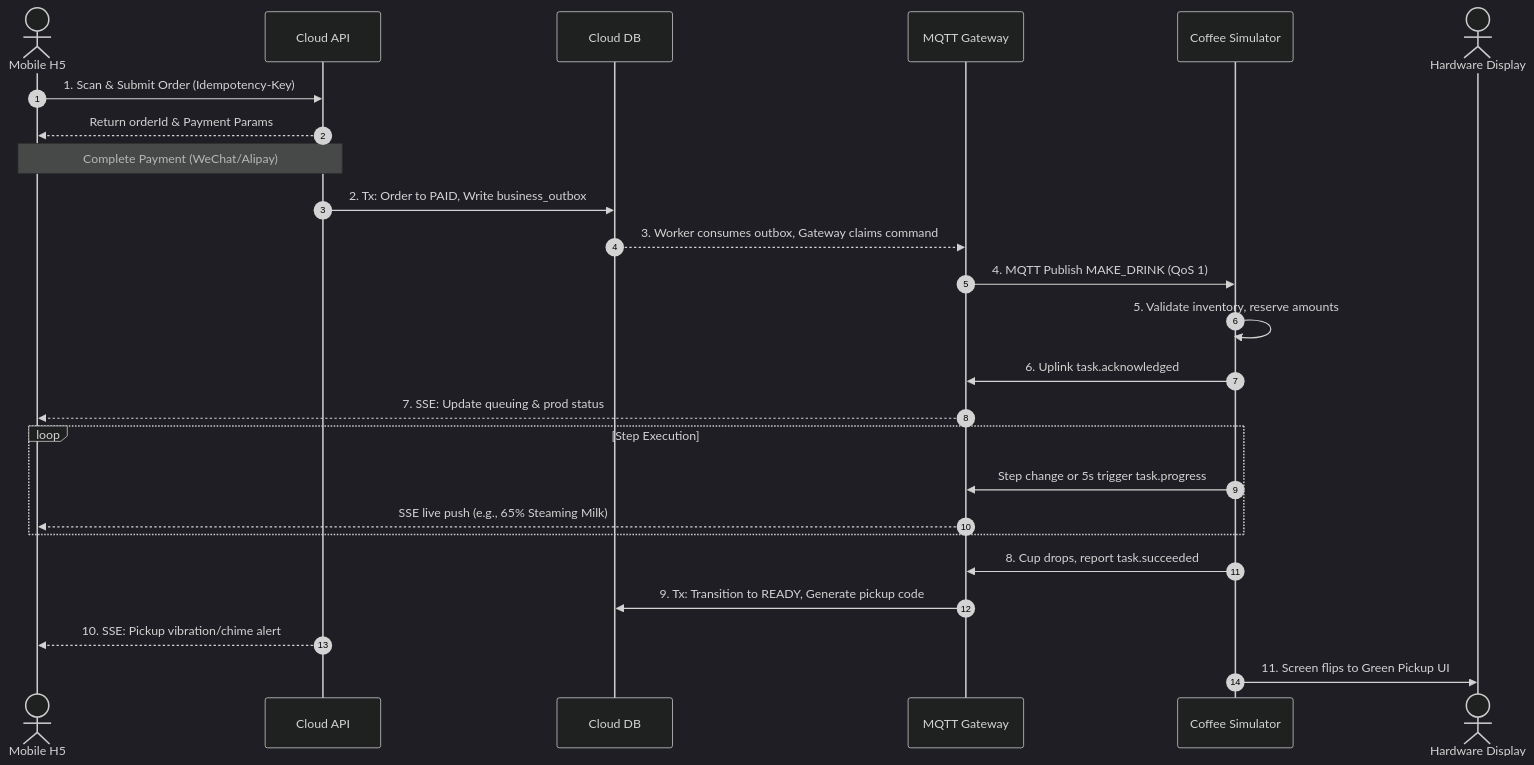
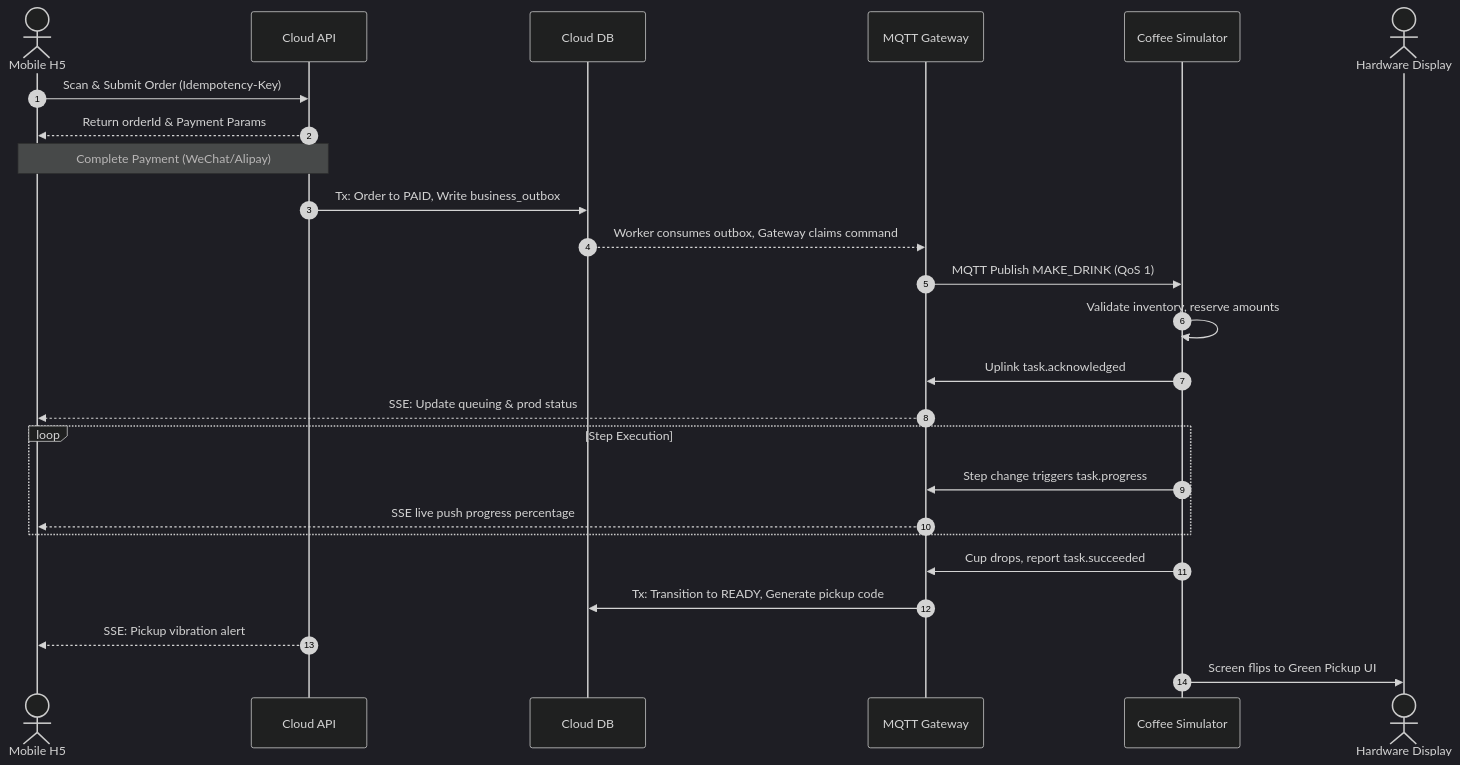
Before and after one commit to woodbridgehi/coffee-cloud-mvp: the second of 3 diagrams in README.md, drawn with Mermaid (dark theme). The commit also changed other lines of this file and 1 other file, not shown here.

Commit message:
fix(docs): format Mermaid diagrams for strict GitHub renderer compatibility

````diff
--- a/README.md
+++ b/README.md
@@ -150,28 +150,28 @@
 ```mermaid
 sequenceDiagram
     autonumber
     actor Customer as Mobile H5
     participant CloudAPI as Cloud API
     participant CloudDB as Cloud DB
     participant Gateway as MQTT Gateway
     participant Terminal as Coffee Simulator
     actor Screen as Hardware Display
 
-    Customer->>CloudAPI: 1. Scan & Submit Order (Idempotency-Key)
+    Customer->>CloudAPI: Scan & Submit Order (Idempotency-Key)
     CloudAPI-->>Customer: Return orderId & Payment Params
-    Note over Customer,CloudAPI: Complete Payment (WeChat/Alipay)
-    CloudAPI->>CloudDB: 2. Tx: Order to PAID, Write business_outbox
-    CloudDB-->>Gateway: 3. Worker consumes outbox, Gateway claims command
-    Gateway->>Terminal: 4. MQTT Publish MAKE_DRINK (QoS 1)
-    Terminal->>Terminal: 5. Validate inventory, reserve amounts
-    Terminal->>Gateway: 6. Uplink task.acknowledged
-    Gateway-->>Customer: 7. SSE: Update queuing & prod status
+    Note over Customer, CloudAPI: Complete Payment (WeChat/Alipay)
+    CloudAPI->>CloudDB: Tx: Order to PAID, Write business_outbox
+    CloudDB-->>Gateway: Worker consumes outbox, Gateway claims command
+    Gateway->>Terminal: MQTT Publish MAKE_DRINK (QoS 1)
+    Terminal->>Terminal: Validate inventory, reserve amounts
+    Terminal->>Gateway: Uplink task.acknowledged
+    Gateway-->>Customer: SSE: Update queuing & prod status
     loop Step Execution
-        Terminal->>Gateway: Step change or 5s trigger task.progress
-        Gateway-->>Customer: SSE live push (e.g., 65% Steaming Milk)
+        Terminal->>Gateway: Step change triggers task.progress
+        Gateway-->>Customer: SSE live push progress percentage
     end
-    Terminal->>Gateway: 8. Cup drops, report task.succeeded
-    Gateway->>CloudDB: 9. Tx: Transition to READY, Generate pickup code
-    CloudAPI-->>Customer: 10. SSE: Pickup vibration/chime alert
-    Terminal->>Screen: 11. Screen flips to Green Pickup UI
+    Terminal->>Gateway: Cup drops, report task.succeeded
+    Gateway->>CloudDB: Tx: Transition to READY, Generate pickup code
+    CloudAPI-->>Customer: SSE: Pickup vibration alert
+    Terminal->>Screen: Screen flips to Green Pickup UI
 ```
````
